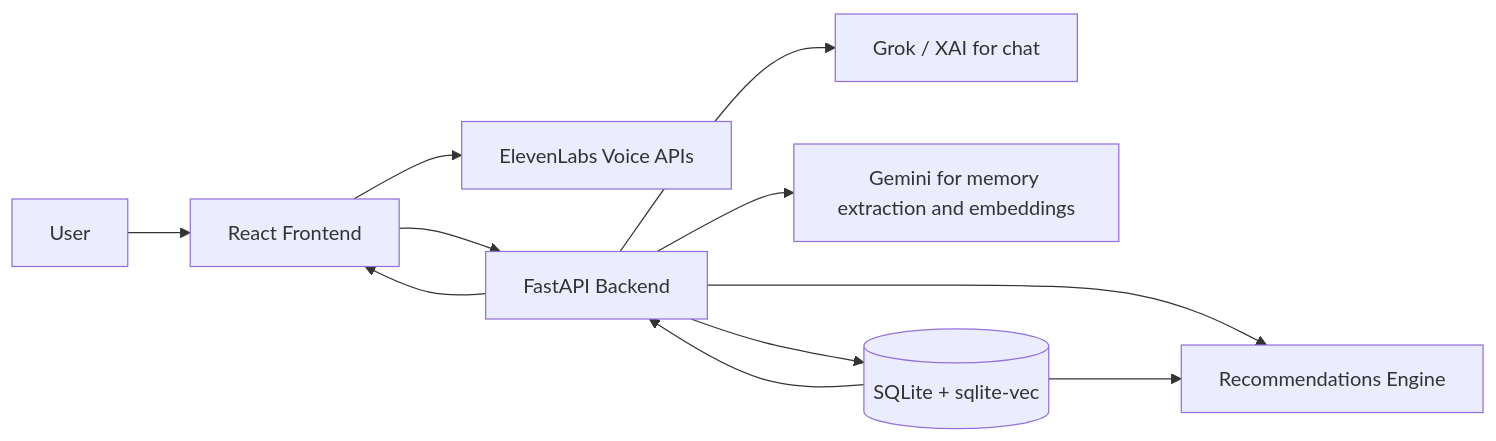
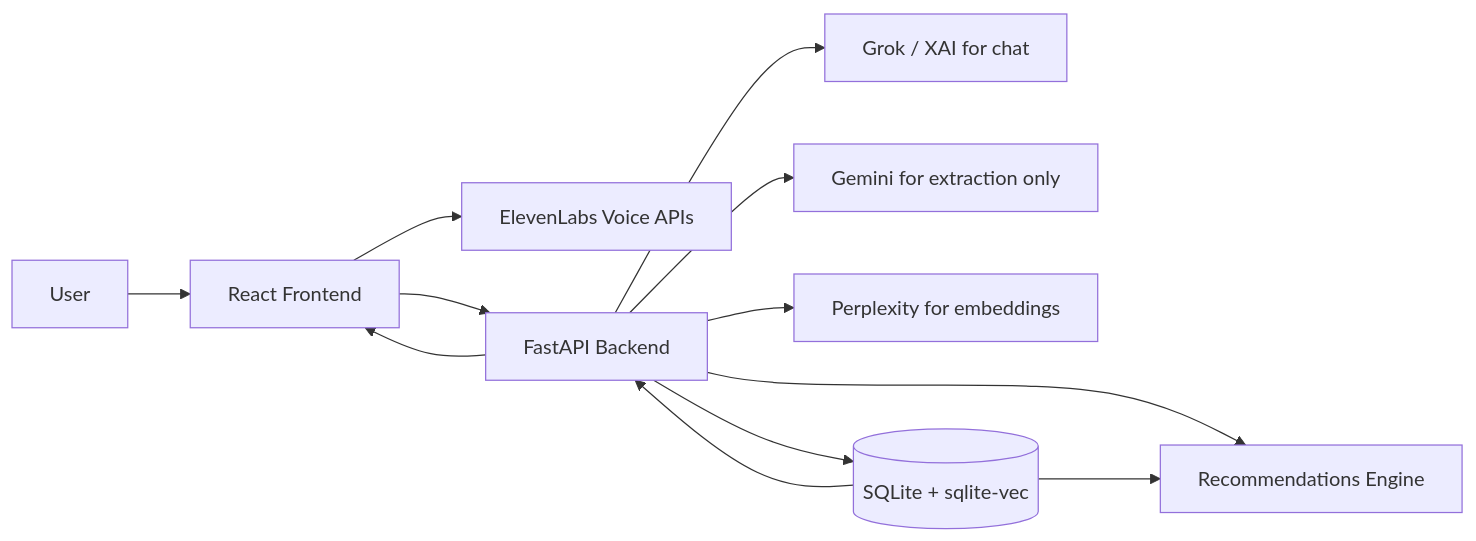
One commit to MrFunnything99/Open-Journal changed the first of 3 diagrams in README.md. Above: the diagram before and after it, drawn with Mermaid. The commit also changed other lines of this file and 8 other files, not shown here.

First line of the commit message:
LightRAG off by default; Perplexity-only embeddings; clarify Gemini extraction

````diff
--- a/README.md
+++ b/README.md
@@ -90,13 +90,14 @@
 ```mermaid
 flowchart LR
     U[User] --> FE[React Frontend]
     FE --> VOICE[ElevenLabs Voice APIs]
     FE --> API[FastAPI Backend]
     API --> CHAT[Grok / XAI for chat]
-    API --> GEM[Gemini for memory extraction and embeddings]
+    API --> GEM[Gemini for extraction only]
+    API --> PPLX[Perplexity for embeddings]
     API --> DB[(SQLite + sqlite-vec)]
     API --> REC[Recommendations Engine]
     DB --> REC
     DB --> API
     API --> FE
 ```
````
